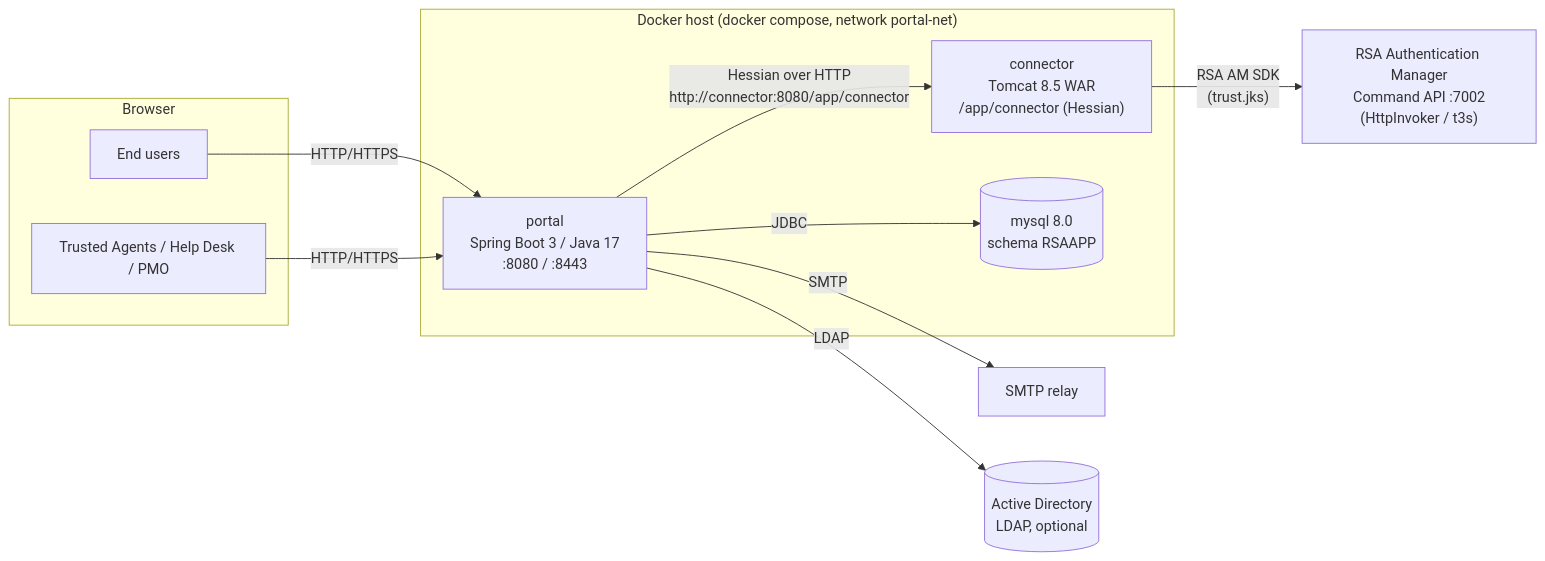
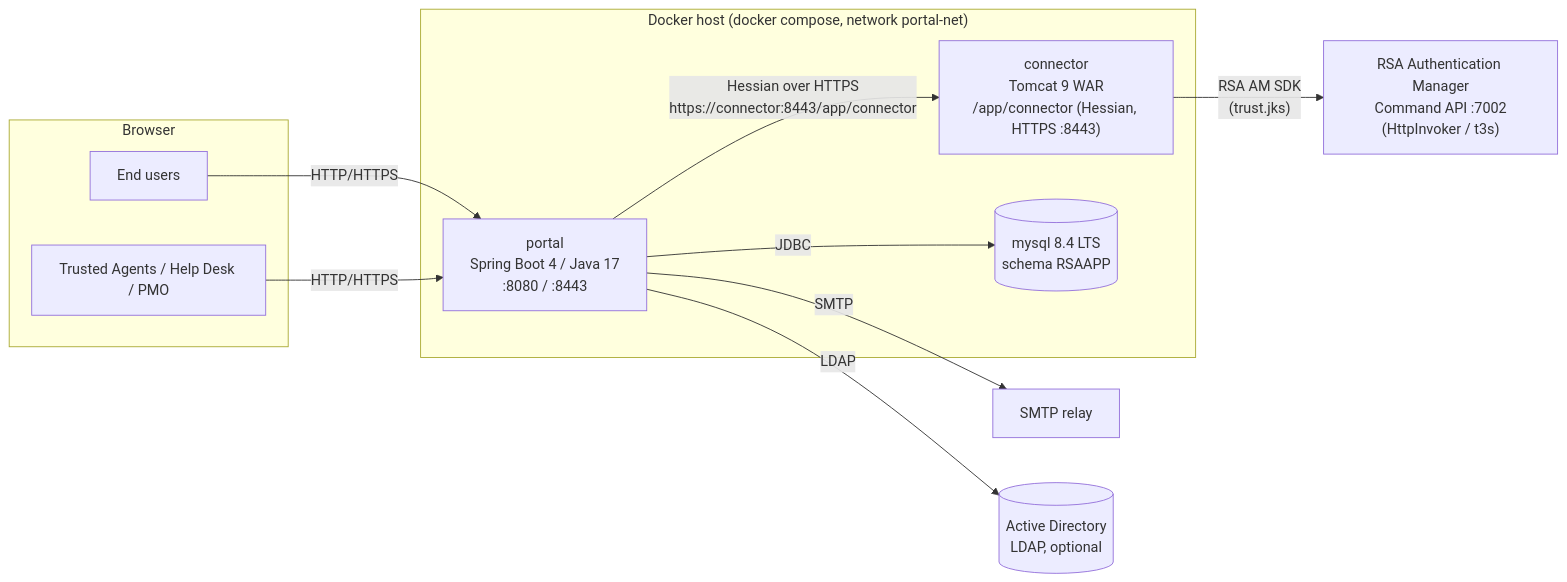
Before and after one commit to winllc/ens-apps-documentation: the diagram in docs/rsa-operations-portal/index.md, drawn with Mermaid. The commit also changed other lines of this file and 12 other files, not shown here.

````diff
--- a/docs/rsa-operations-portal/index.md
+++ b/docs/rsa-operations-portal/index.md
@@ -25,25 +25,25 @@
 ```mermaid
 flowchart LR
     subgraph Browser
         U[End users]
         TA[Trusted Agents / Help Desk / PMO]
     end
 
     subgraph Host["Docker host (docker compose, network portal-net)"]
-        P["portal<br/>Spring Boot 3 / Java 17<br/>:8080 / :8443"]
-        C["connector<br/>Tomcat 8.5 WAR<br/>/app/connector (Hessian)"]
-        DB[("mysql 8.0<br/>schema RSAAPP")]
+        P["portal<br/>Spring Boot 4 / Java 17<br/>:8080 / :8443"]
+        C["connector<br/>Tomcat 9 WAR<br/>/app/connector (Hessian, HTTPS :8443)"]
+        DB[("mysql 8.4 LTS<br/>schema RSAAPP")]
     end
 
     AM["RSA Authentication Manager<br/>Command API :7002<br/>(HttpInvoker / t3s)"]
     SMTP[SMTP relay]
     AD[(Active Directory<br/>LDAP, optional)]
 
     U -->|HTTP/HTTPS| P
     TA -->|HTTP/HTTPS| P
-    P -->|"Hessian over HTTP<br/>http://connector:8080/app/connector"| C
+    P -->|"Hessian over HTTPS<br/>https://connector:8443/app/connector"| C
     P -->|JDBC| DB
     C -->|"RSA AM SDK<br/>(trust.jks)"| AM
     P -->|SMTP| SMTP
     P -->|LDAP| AD
 ```
````
